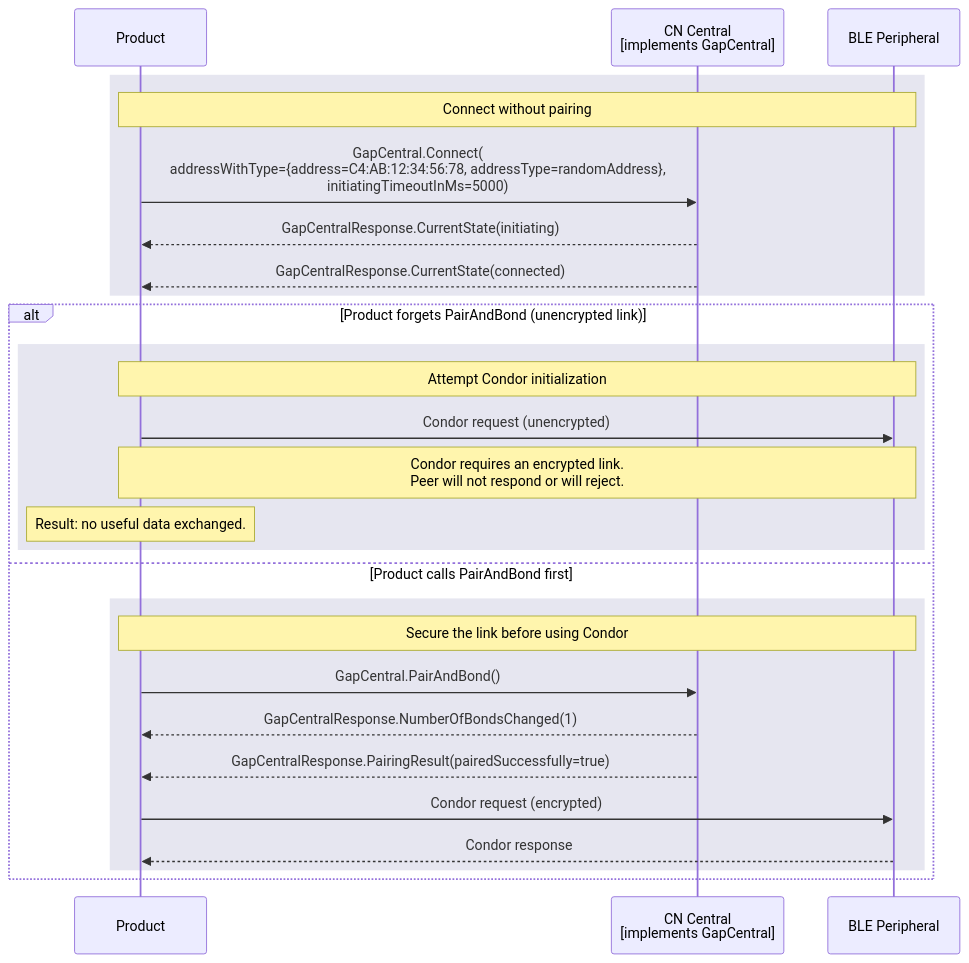
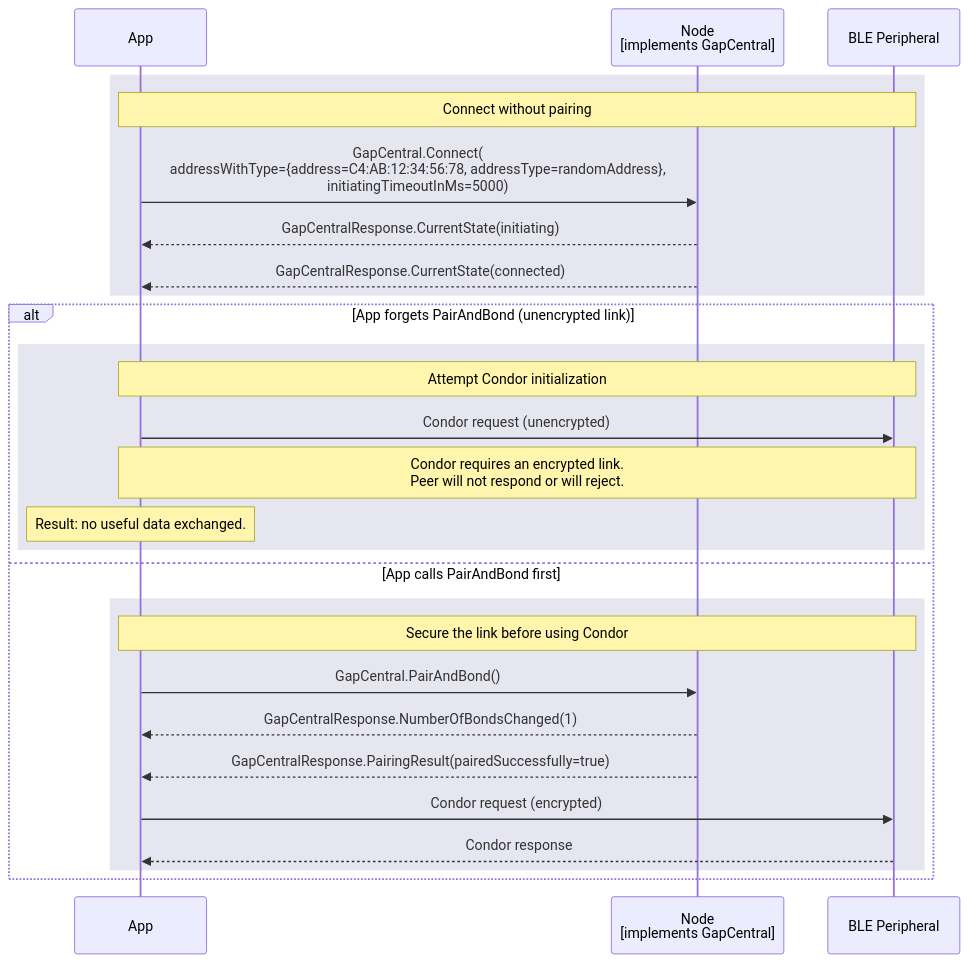
The diagram in documents/modules/ROOT/partials/echoservices/gap_central/GapCentral_CondorWithoutSecurity_sequence.mmd (philips-software/amp-embedded-infra-lib), drawn with Mermaid before and after one commit. The commit also changed 36 other files, not shown here.

```diff
--- a/documents/modules/ROOT/partials/echoservices/gap_central/GapCentral_CondorWithoutSecurity_sequence.mmd
+++ b/documents/modules/ROOT/partials/echoservices/gap_central/GapCentral_CondorWithoutSecurity_sequence.mmd
@@ -1,29 +1,29 @@
 sequenceDiagram
-    participant Product as Product
-    participant CN as CN Central<br>[implements GapCentral]
+    participant App as App
+    participant Node as Node<br>[implements GapCentral]
     participant Peripheral as BLE Peripheral
 
     rect rgb(230, 230, 240)
-        note over Product, Peripheral: Connect without pairing
-        Product->>CN: GapCentral.Connect(<br>addressWithType={address=C4:AB:12:34:56:78, addressType=randomAddress},<br>initiatingTimeoutInMs=5000)
-        CN-->>Product: GapCentralResponse.CurrentState(initiating)
-        CN-->>Product: GapCentralResponse.CurrentState(connected)
+        note over App, Peripheral: Connect without pairing
+        App->>Node: GapCentral.Connect(<br>addressWithType={address=C4:AB:12:34:56:78, addressType=randomAddress},<br>initiatingTimeoutInMs=5000)
+        Node-->>App: GapCentralResponse.CurrentState(initiating)
+        Node-->>App: GapCentralResponse.CurrentState(connected)
     end
 
-    alt Product forgets PairAndBond (unencrypted link)
+    alt App forgets PairAndBond (unencrypted link)
         rect rgb(230, 230, 240)
-            note over Product, Peripheral: Attempt Condor initialization
-            Product->>Peripheral: Condor request (unencrypted)
-            Note over Product, Peripheral: Condor requires an encrypted link.<br>Peer will not respond or will reject.
-            Note over Product: Result: no useful data exchanged.
+            note over App, Peripheral: Attempt Condor initialization
+            App->>Peripheral: Condor request (unencrypted)
+            Note over App, Peripheral: Condor requires an encrypted link.<br>Peer will not respond or will reject.
+            Note over App: Result: no useful data exchanged.
         end
-    else Product calls PairAndBond first
+    else App calls PairAndBond first
         rect rgb(230, 230, 240)
-            note over Product, Peripheral: Secure the link before using Condor
-            Product->>CN: GapCentral.PairAndBond()
-            CN-->>Product: GapCentralResponse.NumberOfBondsChanged(1)
-            CN-->>Product: GapCentralResponse.PairingResult(pairedSuccessfully=true)
-            Product->>Peripheral: Condor request (encrypted)
-            Peripheral-->>Product: Condor response
+            note over App, Peripheral: Secure the link before using Condor
+            App->>Node: GapCentral.PairAndBond()
+            Node-->>App: GapCentralResponse.NumberOfBondsChanged(1)
+            Node-->>App: GapCentralResponse.PairingResult(pairedSuccessfully=true)
+            App->>Peripheral: Condor request (encrypted)
+            Peripheral-->>App: Condor response
         end
     end
```
